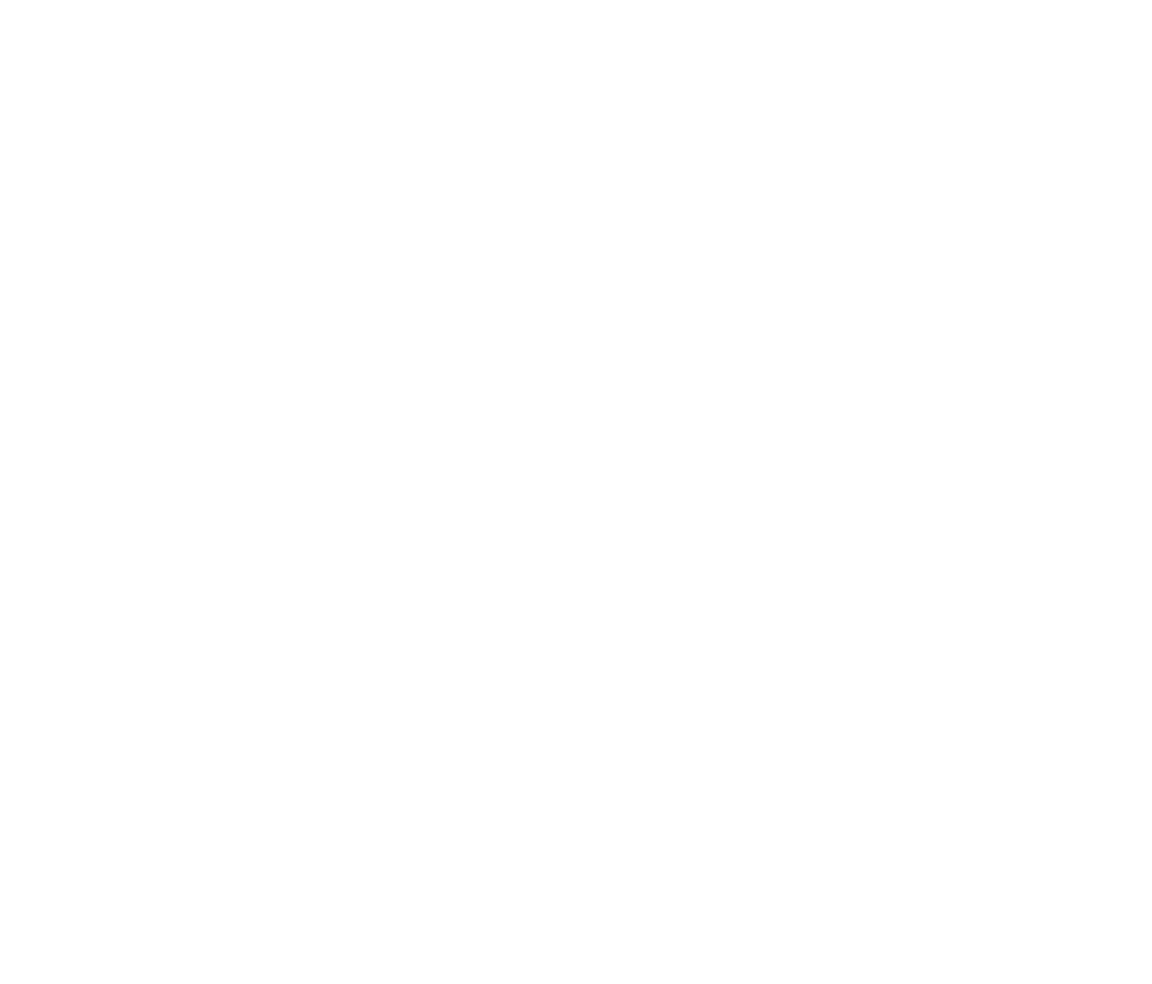
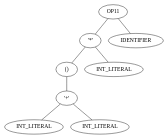
One commit to HirohitoSuzuki/Higly changed the diagram in tree.dot. Above: the diagram before and after it, drawn with Graphviz. The commit also changed 10 other files, not shown here.

```diff
--- a/tree.dot
+++ b/tree.dot
@@ -1,23 +1,21 @@
 graph type{
-dpi="200";
-node [fontname="DejaVu Serif Italic"];
 symbol4;
 symbol8;
 symbol3 -- symbol4, symbol8;
 symbol3[label = "'+'"];
 symbol4[label = "INT_LITERAL"];
 symbol8[label = "INT_LITERAL"];
 symbol2 -- symbol3;
 symbol2[label = "()"];
 symbol3[label = "'+'"];
 symbol15;
 symbol1 -- symbol2, symbol15;
 symbol1[label = "'*'"];
 symbol2[label = "()"];
 symbol15[label = "INT_LITERAL"];
 symbol20;
 symbol0 -- symbol1, symbol20;
 symbol0[label = "OP11"];
 symbol1[label = "'*'"];
 symbol20[label = "IDENTIFIER"];
 }
```
